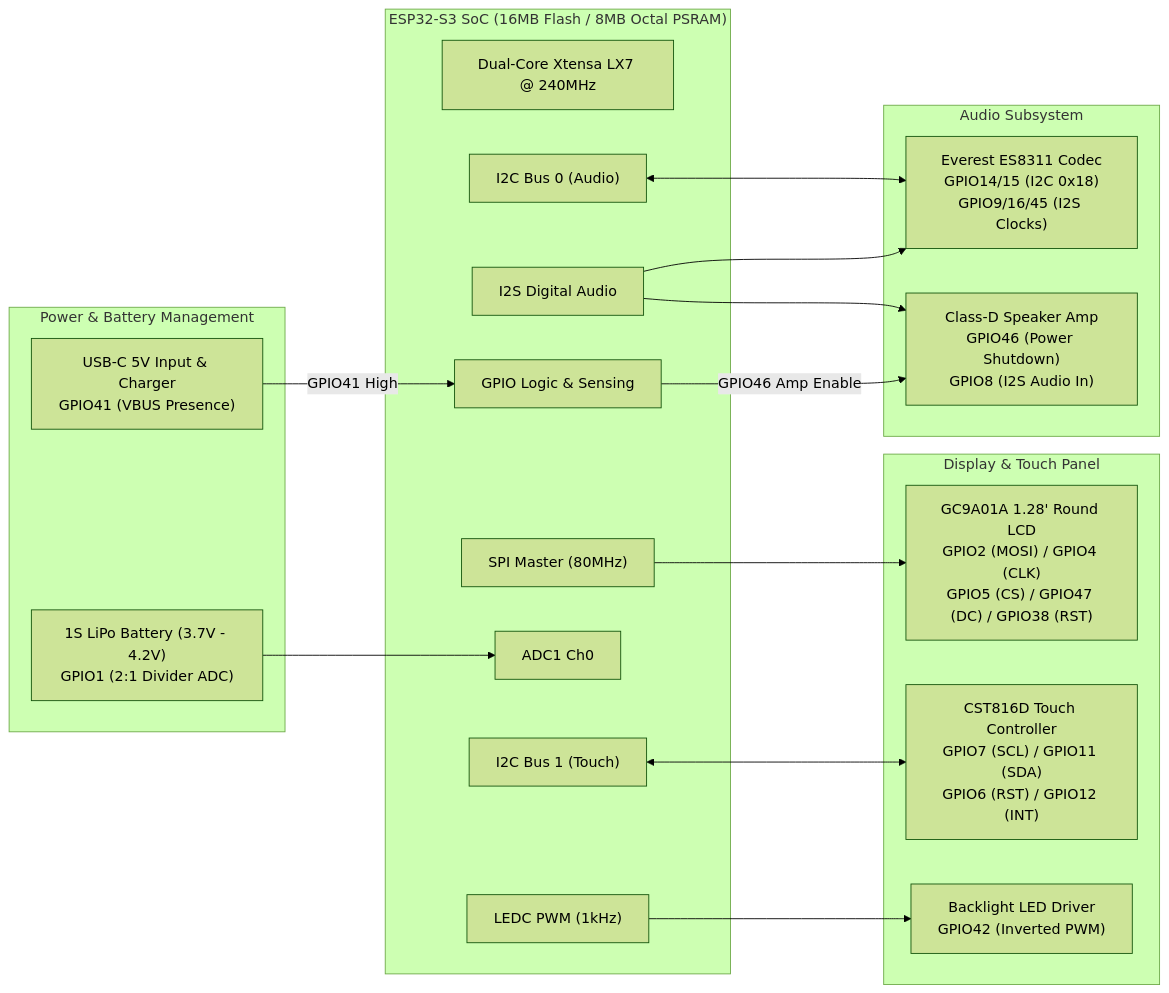
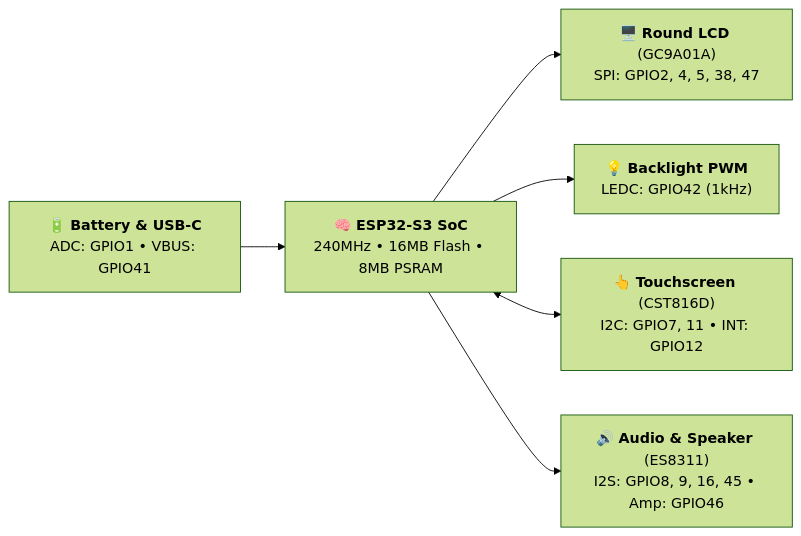
The diagram in docs/HARDWARE.md (pasmimmo/SmartDisplay), drawn with Mermaid (forest theme) before and after one commit. The commit also changed 2 other files, not shown here.

Commit message:
docs: simplify diagrams with clean, minimalist Mermaid flowcharts

````diff
--- a/docs/HARDWARE.md
+++ b/docs/HARDWARE.md
@@ -23,39 +23,16 @@
 ```mermaid
 flowchart LR
-    subgraph ESP32S3["ESP32-S3 SoC (16MB Flash / 8MB Octal PSRAM)"]
-        CPU["Dual-Core Xtensa LX7 @ 240MHz"]
-        SPI["SPI Master (80MHz)"]
-        I2C0["I2C Bus 0 (Audio)"]
-        I2C1["I2C Bus 1 (Touch)"]
-        I2S["I2S Digital Audio"]
-        ADC["ADC1 Ch0"]
-        LEDC["LEDC PWM (1kHz)"]
-        GPIO_CTRL["GPIO Logic & Sensing"]
-    end
+    ESP["🧠 <b>ESP32-S3 SoC</b><br>240MHz • 16MB Flash • 8MB PSRAM"]
 
-    subgraph Peripherals["Display & Touch Panel"]
-        LCD["GC9A01A 1.28' Round LCD<br>GPIO2 (MOSI) / GPIO4 (CLK)<br>GPIO5 (CS) / GPIO47 (DC) / GPIO38 (RST)"]
-        Touch["CST816D Touch Controller<br>GPIO7 (SCL) / GPIO11 (SDA)<br>GPIO6 (RST) / GPIO12 (INT)"]
-        Backlight["Backlight LED Driver<br>GPIO42 (Inverted PWM)"]
-    end
+    Display["🖥️ <b>Round LCD</b> (GC9A01A)<br>SPI: GPIO2, 4, 5, 38, 47"]
+    Backlight["💡 <b>Backlight PWM</b><br>LEDC: GPIO42 (1kHz)"]
+    Touch["👆 <b>Touchscreen</b> (CST816D)<br>I2C: GPIO7, 11 • INT: GPIO12"]
+    Audio["🔊 <b>Audio & Speaker</b> (ES8311)<br>I2S: GPIO8, 9, 16, 45 • Amp: GPIO46"]
+    Power["🔋 <b>Battery & USB-C</b><br>ADC: GPIO1 • VBUS: GPIO41"]
 
-    subgraph Sound["Audio Subsystem"]
-        DAC["Everest ES8311 Codec<br>GPIO14/15 (I2C 0x18)<br>GPIO9/16/45 (I2S Clocks)"]
-        Amp["Class-D Speaker Amp<br>GPIO46 (Power Shutdown)<br>GPIO8 (I2S Audio In)"]
-    end
-
-    subgraph PowerSystem["Power & Battery Management"]
-        Batt["1S LiPo Battery (3.7V - 4.2V)<br>GPIO1 (2:1 Divider ADC)"]
-        USBC["USB-C 5V Input & Charger<br>GPIO41 (VBUS Presence)"]
-    end
-
-    SPI --> LCD
-    LEDC --> Backlight
-    I2C1 <--> Touch
-    I2C0 <--> DAC
-    I2S --> DAC
-    I2S --> Amp
-    GPIO_CTRL -->|"GPIO46 Amp Enable"| Amp
-    Batt --> ADC
-    USBC -->|"GPIO41 High"| GPIO_CTRL
+    ESP --> Display
+    ESP --> Backlight
+    ESP <--> Touch
+    ESP --> Audio
+    Power --> ESP
 ```
````
